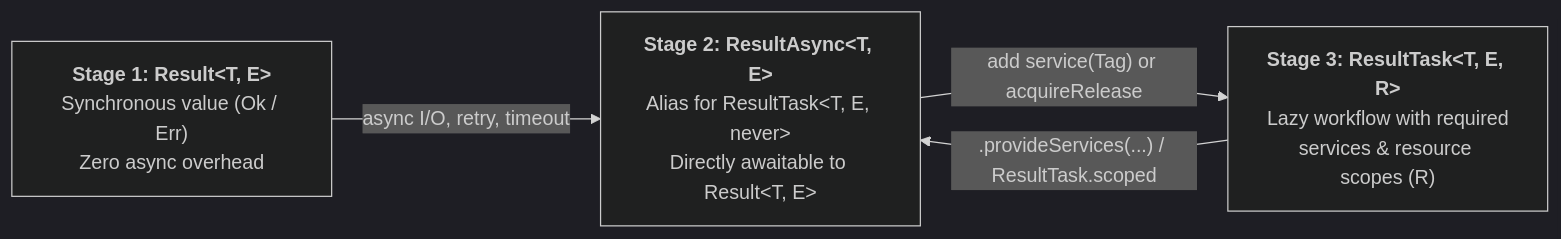
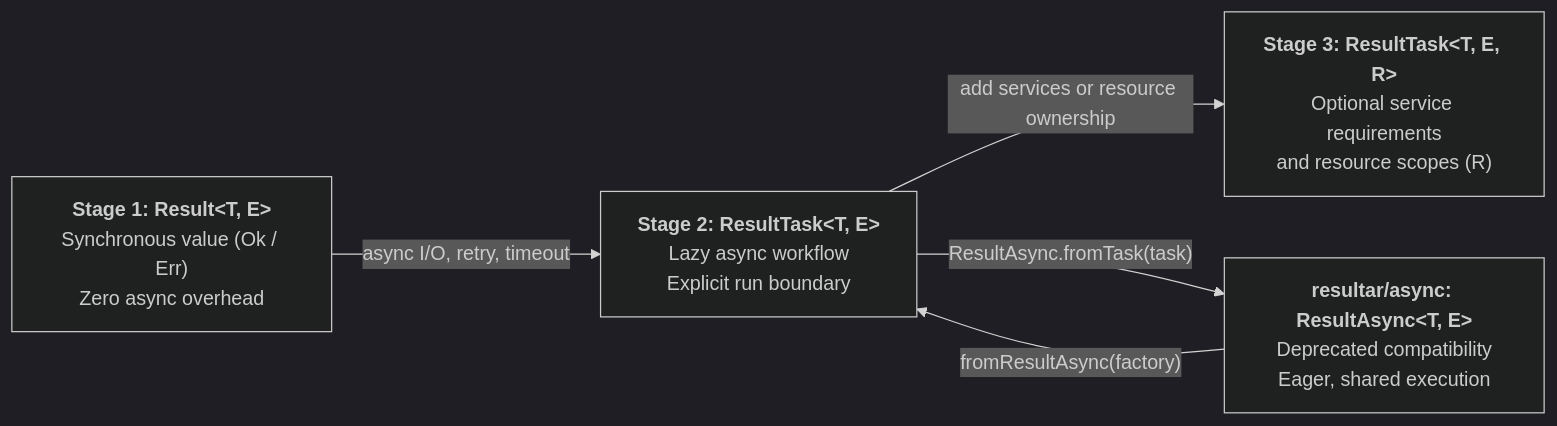
Before and after one commit to inaiat/resultar: the diagram in README.md, drawn with Mermaid (dark theme). The commit also changed other lines of this file and 187 other files, not shown here.

Commit message:
refactor(resultar): isolate legacy async subpath, resolve fallow issues, and reach 100% mutation score

````diff
--- a/README.md
+++ b/README.md
@@ -117,10 +117,12 @@
 ```mermaid
 flowchart LR
   R["<b>Stage 1: Result&lt;T, E&gt;</b><br/>Synchronous value (Ok / Err)<br/>Zero async overhead"]
-  RA["<b>Stage 2: ResultAsync&lt;T, E&gt;</b><br/>Alias for ResultTask&lt;T, E, never&gt;<br/>Directly awaitable to Result&lt;T, E&gt;"]
-  RT["<b>Stage 3: ResultTask&lt;T, E, R&gt;</b><br/>Lazy workflow with required<br/>services &amp; resource scopes (R)"]
+  RT["<b>Stage 2: ResultTask&lt;T, E&gt;</b><br/>Lazy async workflow<br/>Explicit run boundary"]
+  RTR["<b>Stage 3: ResultTask&lt;T, E, R&gt;</b><br/>Optional service requirements<br/>and resource scopes (R)"]
+  RA["<b>resultar/async: ResultAsync&lt;T, E&gt;</b><br/>Deprecated compatibility<br/>Eager, shared execution"]
 
-  R -->|"async I/O, retry, timeout"| RA
-  RA -->|"add service(Tag) or acquireRelease"| RT
-  RT -->|".provideServices(...) / ResultTask.scoped"| RA
+  R -->|"async I/O, retry, timeout"| RT
+  RT -->|"add services or resource ownership"| RTR
+  RA -->|"fromResultAsync(factory)"| RT
+  RT -->|"ResultAsync.fromTask(task)"| RA
 ```
````
